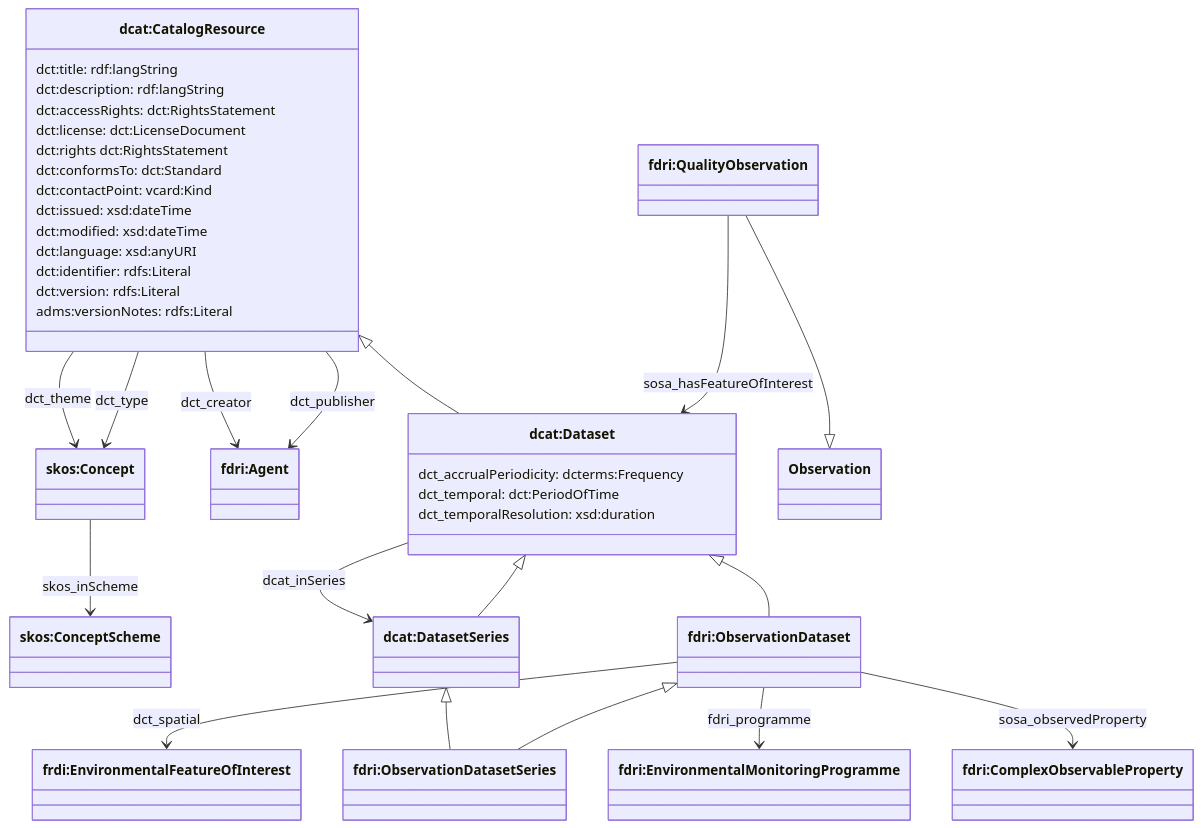
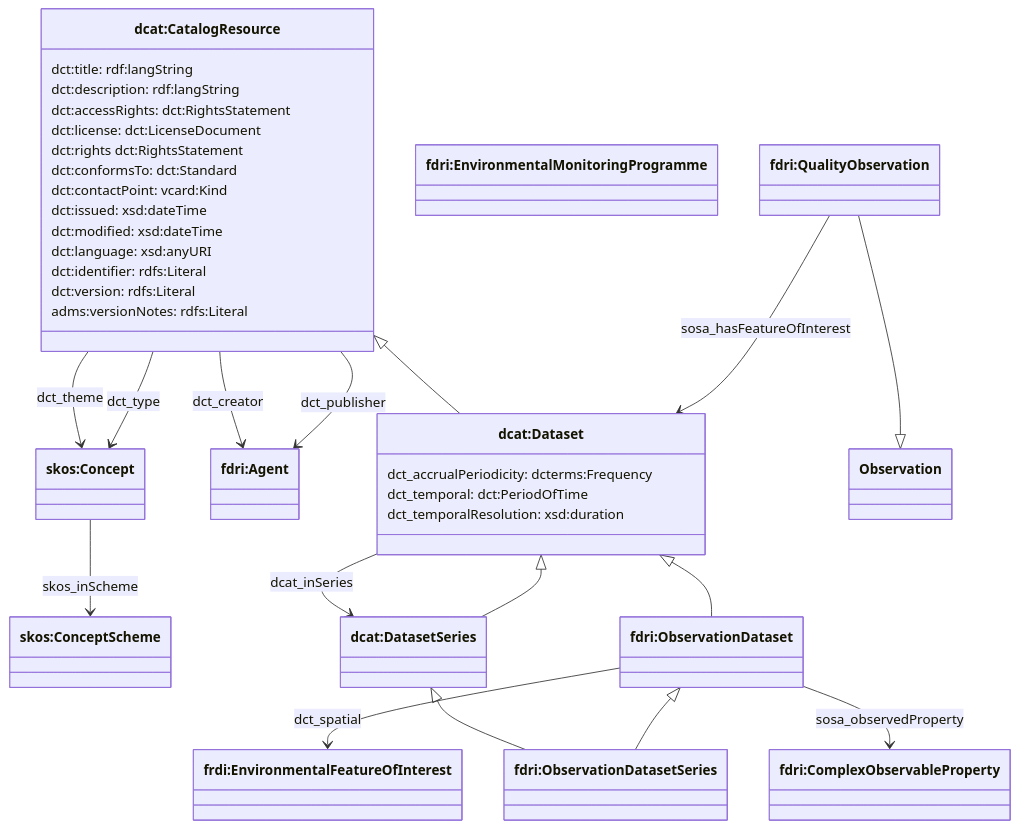
One commit to NERC-CEH/fdri-ontology changed the third of 3 diagrams in ontology/doc/high-level-catalog-structure.md. Above: the diagram before and after it, drawn with Mermaid. The commit also changed other lines of this file and 1 other file, not shown here.

Commit message:
Remove fdri:programme from fdi:ObservationDataset

````diff
--- a/ontology/doc/high-level-catalog-structure.md
+++ b/ontology/doc/high-level-catalog-structure.md
@@ -111,55 +111,54 @@
 ```mermaid
   classDiagram
   class CatalogResource["dcat:CatalogResource"]
   class Concept["skos:Concept"]
   class ConceptScheme["skos:ConceptScheme"]
   class ObservedProperty["fdri:ComplexObservableProperty"]
   class Program["fdri:EnvironmentalMonitoringProgramme"]
   class Agent["fdri:Agent"]
   class EnvironmentalFeatureOfInterest["frdi:EnvironmentalFeatureOfInterest"]
   class QualityObservation["fdri:QualityObservation"]
   class Dataset["dcat:Dataset"]
   class ObservationDataset["fdri:ObservationDataset"]
   class ObservationDatasetSeries["fdri:ObservationDatasetSeries"]
   class DatasetSeries["dcat:DatasetSeries"]
   class Dataset {
     dct_accrualPeriodicity: dcterms:Frequency
     dct_temporal: dct:PeriodOfTime
     dct_temporalResolution: xsd:duration
   }
   class CatalogResource {
     dct:title: rdf:langString
     dct:description: rdf:langString
 
     dct:accessRights: dct:RightsStatement
     dct:license: dct:LicenseDocument
     dct:rights dct:RightsStatement
 
     dct:conformsTo: dct:Standard
     dct:contactPoint: vcard:Kind
     dct:issued: xsd:dateTime
     dct:modified: xsd:dateTime
     dct:language: xsd:anyURI
     dct:identifier: rdfs:Literal
 
     dct:version: rdfs:Literal
     adms:versionNotes: rdfs:Literal
   }
 
   CatalogResource <|-- Dataset
   Concept --> ConceptScheme: skos_inScheme
   ObservationDataset --> EnvironmentalFeatureOfInterest : dct_spatial
   Dataset <|-- ObservationDataset
   DatasetSeries <|-- ObservationDatasetSeries
   ObservationDataset <|-- ObservationDatasetSeries
   CatalogResource --> Concept: dct_theme
-  ObservationDataset --> Program: fdri_programme
   ObservationDataset --> ObservedProperty: sosa_observedProperty
   CatalogResource --> Agent: dct_creator
   CatalogResource --> Agent: dct_publisher
   DatasetSeries --|> Dataset
   Dataset --> DatasetSeries: dcat_inSeries
   CatalogResource --> Concept: dct_type
   QualityObservation --|> Observation
   QualityObservation --> Dataset: sosa_hasFeatureOfInterest
 ```
````
